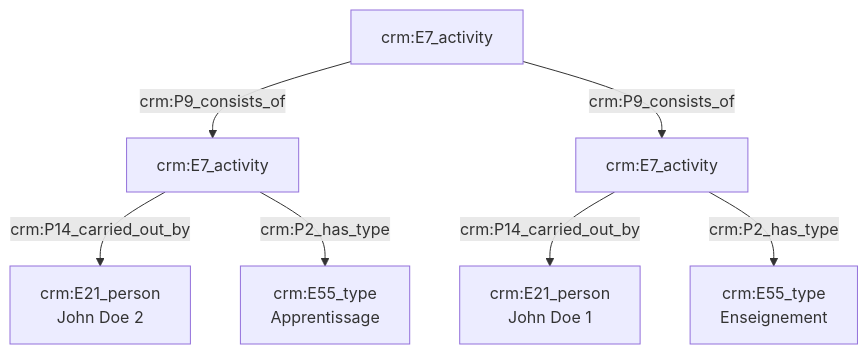
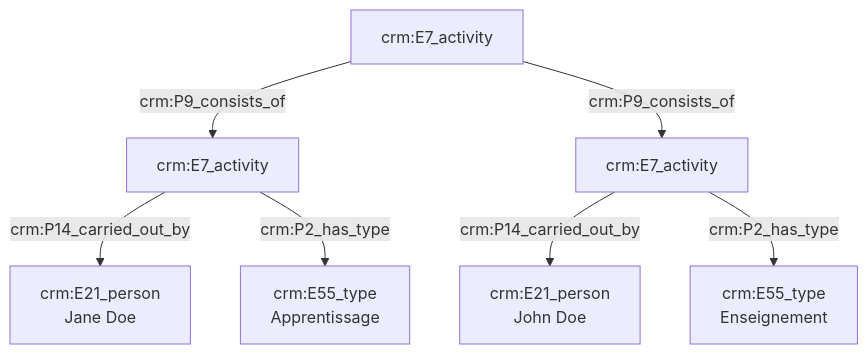
Before and after one commit to Amleth/consortium-musica2-gt2-ontologies: the diagram in modules/livrables/Dossier 2/Prosopographie/relation de maître à élève.md, drawn with Mermaid. The commit also changed other lines of this file, not shown here.

Commit message:
Update relation de maître à élève.md

````diff
--- a/modules/livrables/Dossier 2/Prosopographie/relation de maître à élève.md
+++ b/modules/livrables/Dossier 2/Prosopographie/relation de maître à élève.md
@@ -12,15 +13,15 @@
 ```mermaid
 graph TD;
 
 F[crm:E7_activity] --> |crm:P9_consists_of| D[crm:E7_activity]
 F[crm:E7_activity] --> |crm:P9_consists_of| A[crm:E7_activity]
 
-A[crm:E7_Activity] --> |crm:P14_carried_out_by| B[crm:E21_person<br>John Doe 1]
+A[crm:E7_Activity] --> |crm:P14_carried_out_by| B[crm:E21_person<br>John Doe]
 A[crm:E7_activity] --> |crm:P2_has_type| C[crm:E55_type<br>Enseignement]
 
-D[crm:E7_Activity] --> |crm:P14_carried_out_by| E[crm:E21_person<br>John Doe 2]
+D[crm:E7_Activity] --> |crm:P14_carried_out_by| E[crm:E21_person<br>Jane Doe]
 D[crm:E7_activity] --> |crm:P2_has_type| G[crm:E55_type<br>Apprentissage]
 
 
 
 ```
````
